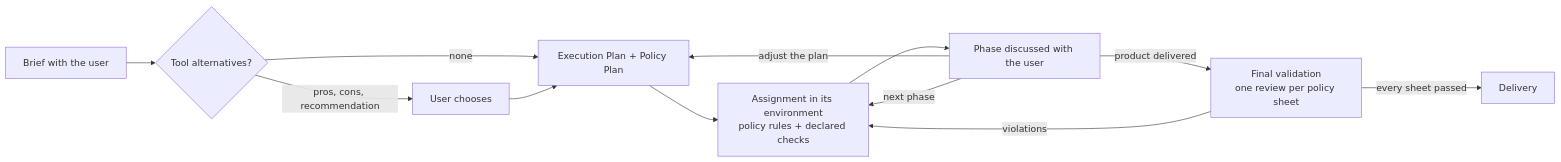
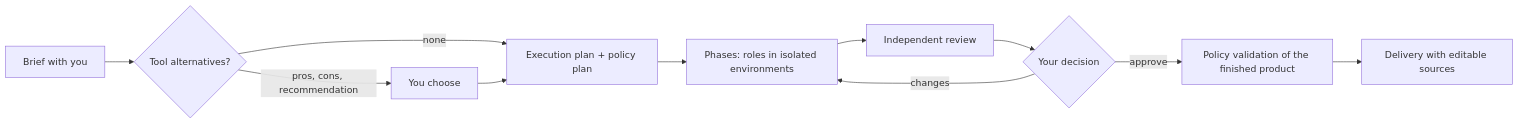
The diagram in README.md (ggmm82/righaven), drawn with Mermaid before and after one commit. The commit also changed other lines of this file, not shown here.

````diff
--- a/README.md
+++ b/README.md
@@ -105,14 +92,13 @@
 ```mermaid
 flowchart LR
-    Brief[Brief with the user] --> Choice{Tool alternatives?}
-    Choice -- pros, cons, recommendation --> User[User chooses]
+    Brief[Brief with you] --> Choice{Tool alternatives?}
+    Choice -- pros, cons, recommendation --> User[You choose]
     Choice -- none --> Plans
-    User --> Plans[Execution Plan + Policy Plan]
-    Plans --> Phase[Assignment in its environment<br/>policy rules + declared checks]
-    Phase --> Pause[Phase discussed with the user]
-    Pause -- adjust the plan --> Plans
-    Pause -- next phase --> Phase
-    Pause -- product delivered --> Validate[Final validation<br/>one review per policy sheet]
-    Validate -- violations --> Phase
-    Validate -- every sheet passed --> Delivery[Delivery]
+    User --> Plans[Execution plan + policy plan]
+    Plans --> Phases[Phases: roles in isolated environments]
+    Phases --> Review[Independent review]
+    Review --> Decision{Your decision}
+    Decision -- changes --> Phases
+    Decision -- approve --> Validation[Policy validation of the finished product]
+    Validation --> Delivery[Delivery with editable sources]
 ```
````
